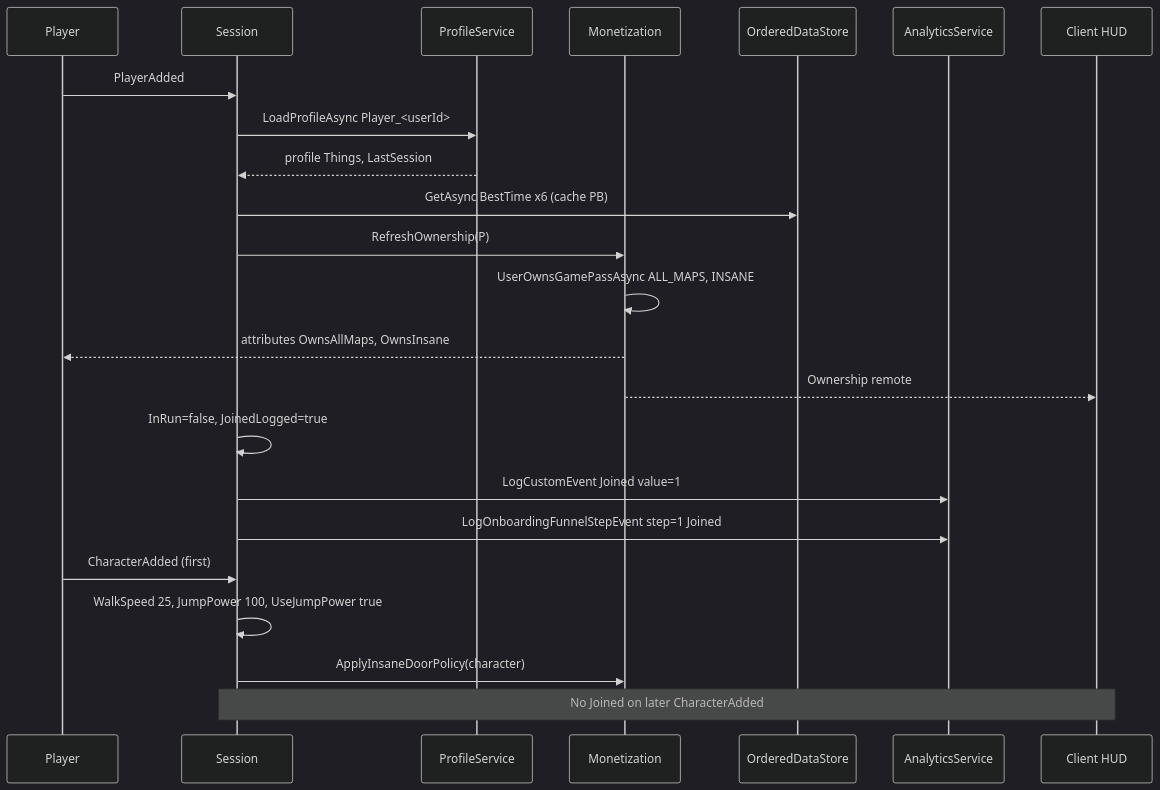
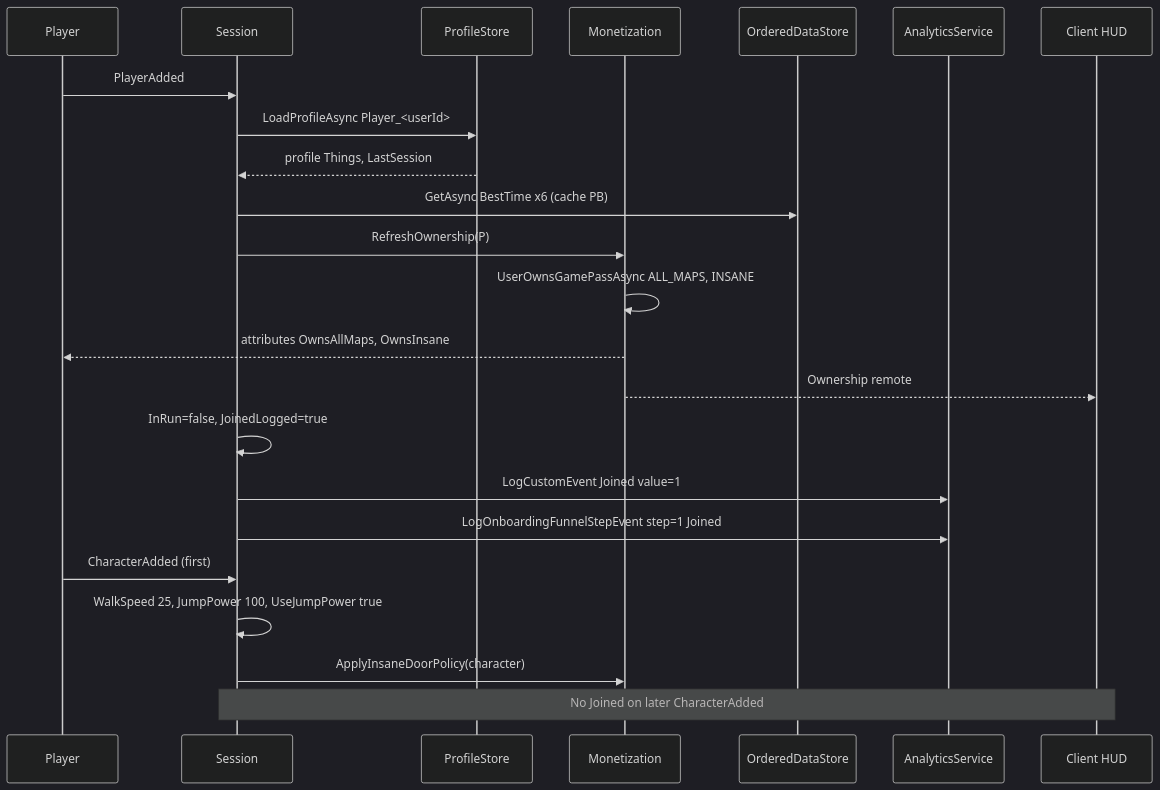
One commit to rfurno/roblox_maze changed the fourth of 12 diagrams in DESIGN.md. Above: the diagram before and after it, drawn with Mermaid (dark theme). The commit also changed other lines of this file and 26 other files, not shown here.

````diff
--- a/DESIGN.md
+++ b/DESIGN.md
@@ -992,26 +1019,26 @@
 ```mermaid
 sequenceDiagram
   participant P as Player
   participant S as Session
-  participant PS as ProfileService
+  participant PS as ProfileStore
   participant M as Monetization
   participant ODS as OrderedDataStore
   participant A as AnalyticsService
   participant C as Client HUD
 
   P->>S: PlayerAdded
   S->>PS: LoadProfileAsync Player_<userId>
   PS-->>S: profile Things, LastSession
   S->>ODS: GetAsync BestTime x6 (cache PB)
   S->>M: RefreshOwnership(P)
   M->>M: UserOwnsGamePassAsync ALL_MAPS, INSANE
   M-->>P: attributes OwnsAllMaps, OwnsInsane
   M-->>C: Ownership remote
   S->>S: InRun=false, JoinedLogged=true
   S->>A: LogCustomEvent Joined value=1
   S->>A: LogOnboardingFunnelStepEvent step=1 Joined
   P->>S: CharacterAdded (first)
   S->>S: WalkSpeed 25, JumpPower 100, UseJumpPower true
   S->>M: ApplyInsaneDoorPolicy(character)
   Note over S,C: No Joined on later CharacterAdded
 ```
````
